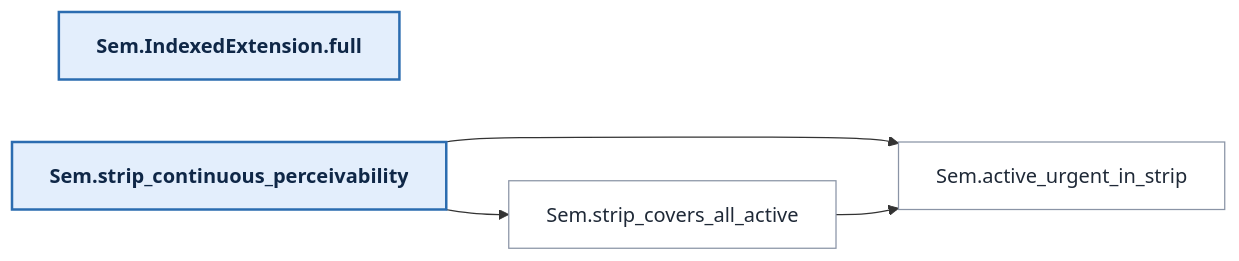
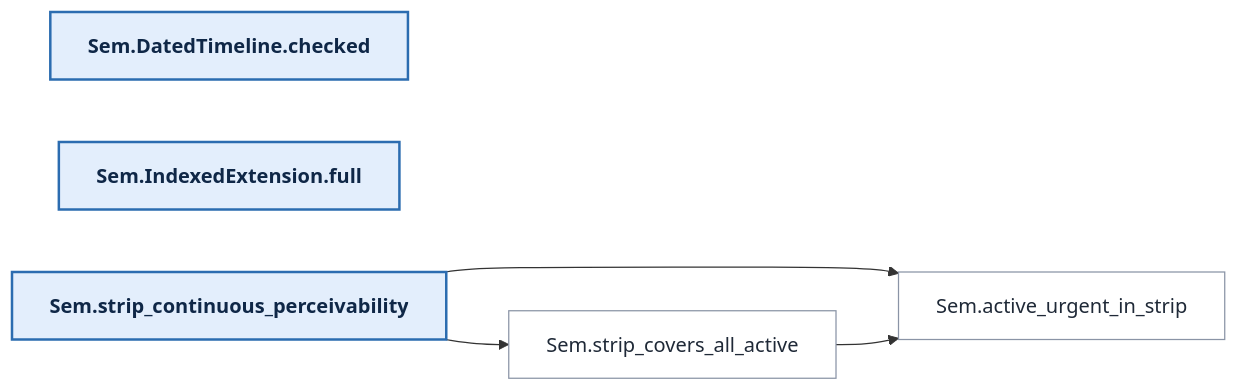
One commit to saithat/VGI-Health changed the tenth of 10 diagrams in docs/proof-map.md. Above: the diagram before and after it, drawn with Mermaid. The commit also changed other lines of this file and 18 other files, not shown here.

````diff
--- a/docs/proof-map.md
+++ b/docs/proof-map.md
@@ -2078,13 +2093,14 @@
 ```mermaid
 flowchart LR
-  n0["Sem.IndexedExtension.full"]:::head
-  n1["Sem.strip_continuous_perceivability"]:::head
-  n2["Sem.active_urgent_in_strip"]:::lemma
-  n3["Sem.strip_covers_all_active"]:::lemma
-  n1 --> n2
-  n1 --> n3
-  n3 --> n2
+  n0["Sem.DatedTimeline.checked"]:::head
+  n1["Sem.IndexedExtension.full"]:::head
+  n2["Sem.strip_continuous_perceivability"]:::head
+  n3["Sem.active_urgent_in_strip"]:::lemma
+  n4["Sem.strip_covers_all_active"]:::lemma
+  n2 --> n3
+  n2 --> n4
+  n4 --> n3
   classDef head fill:#e3eefc,stroke:#2b6cb0,stroke-width:2px,color:#0f2747,font-weight:bold
   classDef lemma fill:#ffffff,stroke:#8a94a6,color:#1f2937
   classDef other fill:#f4f4f5,stroke:#a1a1aa,stroke-dasharray:4 3,color:#3f3f46
 ```
````
